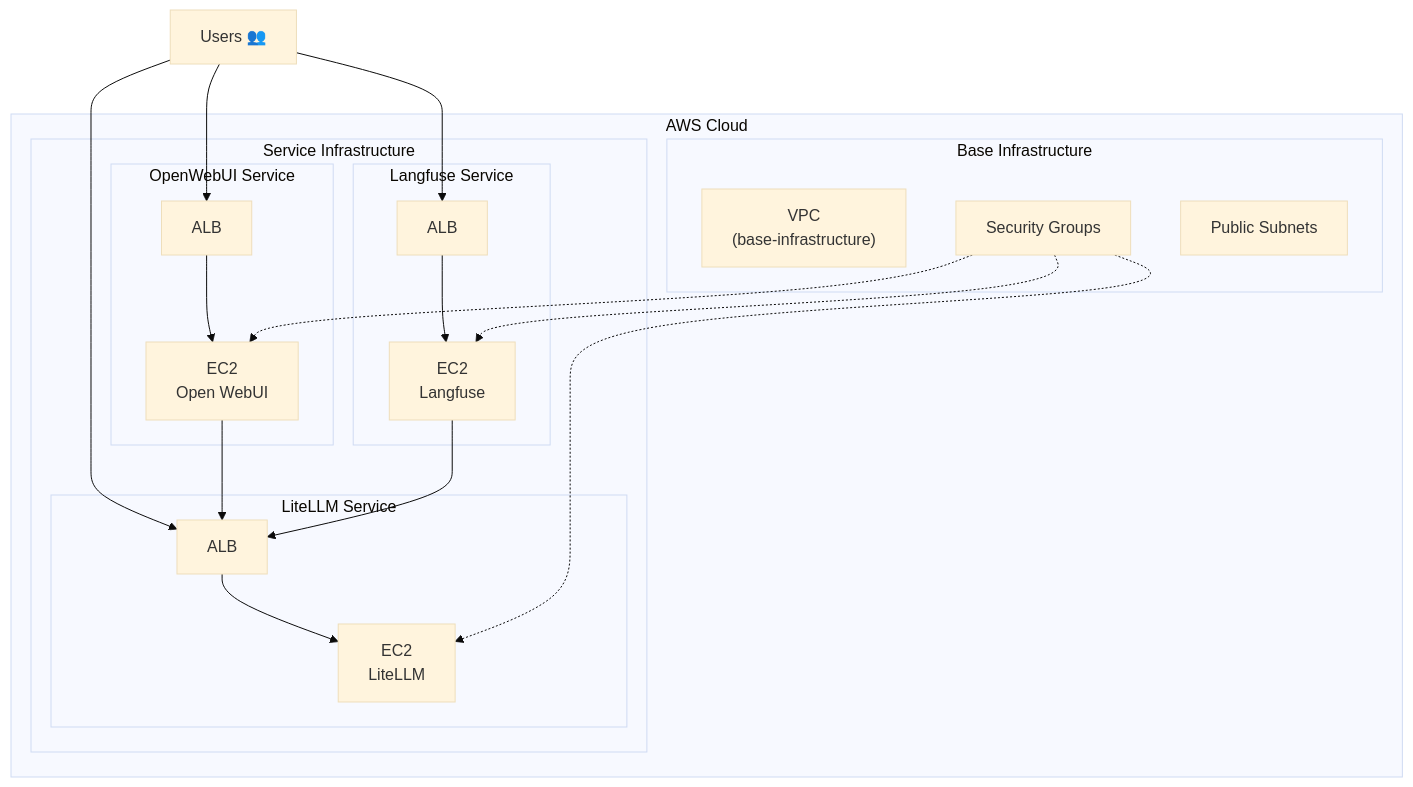
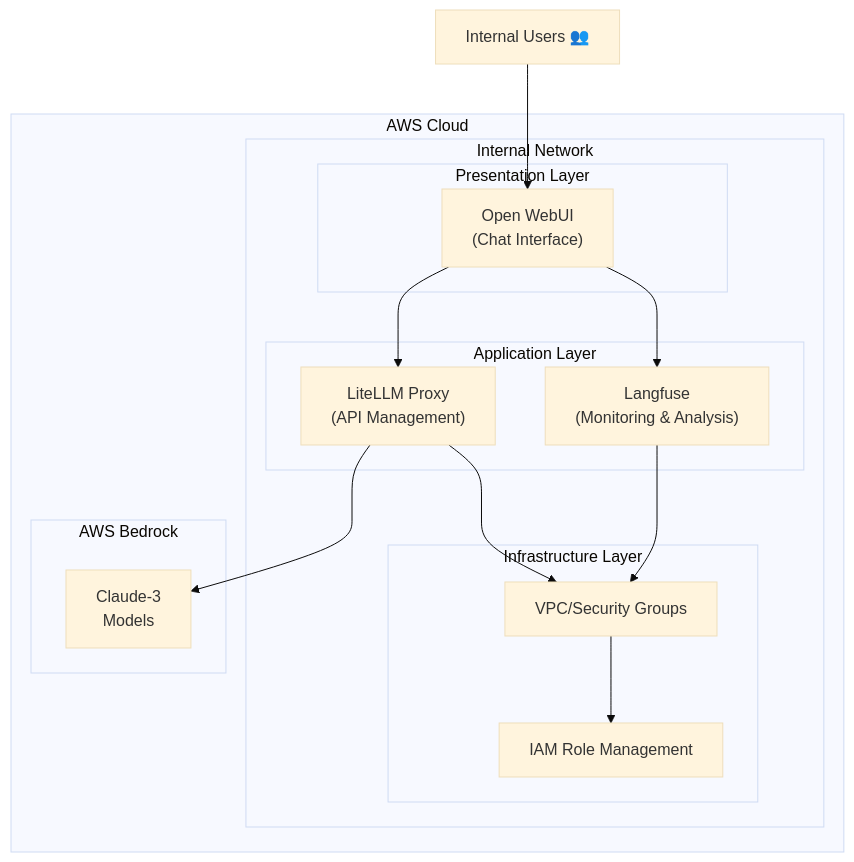
One commit to Sunwood-ai-labs/AMATERASU changed the diagram in docs/README.en.md. Above: the diagram before and after it, drawn with Mermaid. The commit also changed other lines of this file, not shown here.

````diff
--- a/docs/README.en.md
+++ b/docs/README.en.md
@@ -61,38 +70,34 @@
 ```mermaid
 %%{init:{'theme':'base'}}%%
-
 graph TB
-    subgraph AWS Cloud
-        subgraph "Base Infrastructure"
-            VPC["VPC<br/>(base-infrastructure)"]
-            SG["Security Groups"]
-            PUBSUB["Public Subnets"]
+    subgraph "AWS Cloud"
+        subgraph "Internal Network"
+            subgraph "Presentation Layer"
+                WebUI["Open WebUI<br/>(Chat Interface)"]
+            end
+            
+            subgraph "Application Layer"
+                LiteLLM["LiteLLM Proxy<br/>(API Management)"]
+                Langfuse["Langfuse<br/>(Monitoring & Analysis)"]
+            end
+            
+            subgraph "Infrastructure Layer"
+                VPC["VPC/Security Groups"]
+                IAM["IAM Role Management"]
+            end
         end
 
-        subgraph "Service Infrastructure"
-            subgraph "OpenWebUI Service"
-                ALB_UI["ALB"] --> UI_EC2["EC2<br/>Open WebUI"]
-            end
-
-            subgraph "Langfuse Service"
-                ALB_LF["ALB"] --> LF_EC2["EC2<br/>Langfuse"]
-            end
-
-            subgraph "LiteLLM Service"
-                ALB_LL["ALB"] --> LL_EC2["EC2<br/>LiteLLM"]
-            end
+        subgraph "AWS Bedrock"
+            Claude3["Claude-3<br/>Models"]
         end
+        
+        WebUI --> LiteLLM
+        WebUI --> Langfuse
+        LiteLLM --> VPC
+        Langfuse --> VPC
+        VPC --> IAM
+        LiteLLM --> Claude3
     end
 
-    Users["Users 👥"] --> ALB_UI
-    Users --> ALB_LF
-    Users --> ALB_LL
-
-    UI_EC2 --> ALB_LL
-    LF_EC2 --> ALB_LL
-
-    SG -.-> UI_EC2
-    SG -.-> LF_EC2
-    SG -.-> LL_EC2
-
+    Users["Internal Users 👥"] --> WebUI
 ```
````
